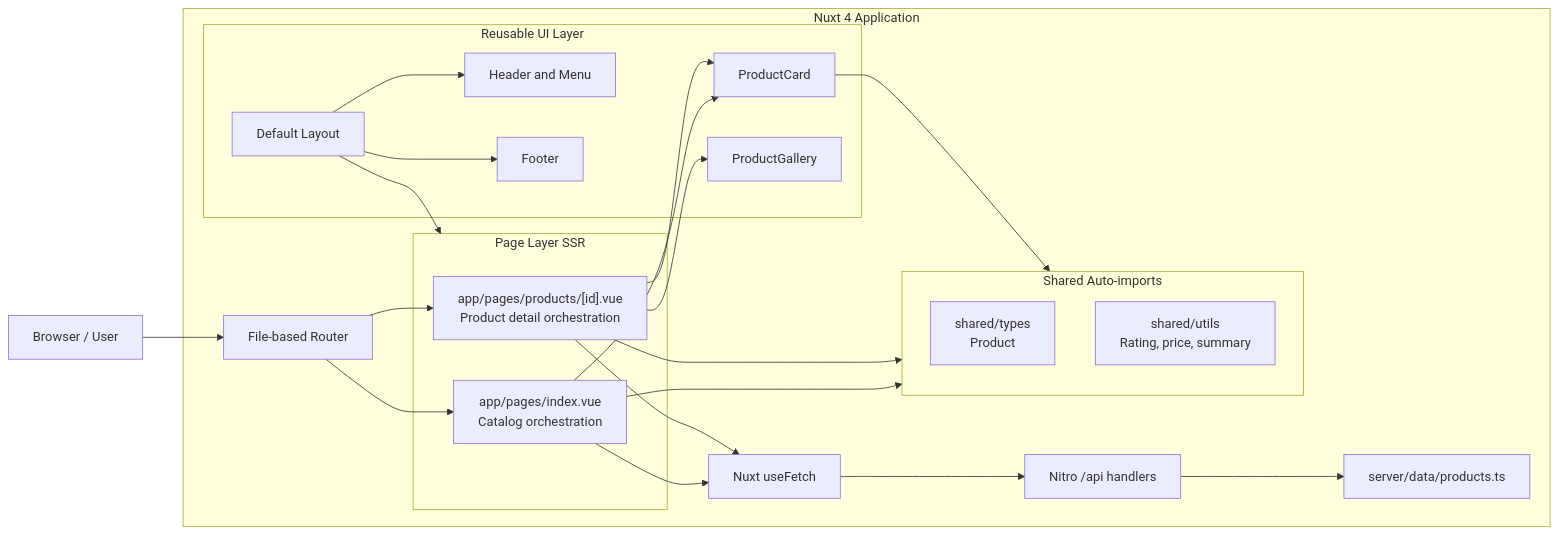
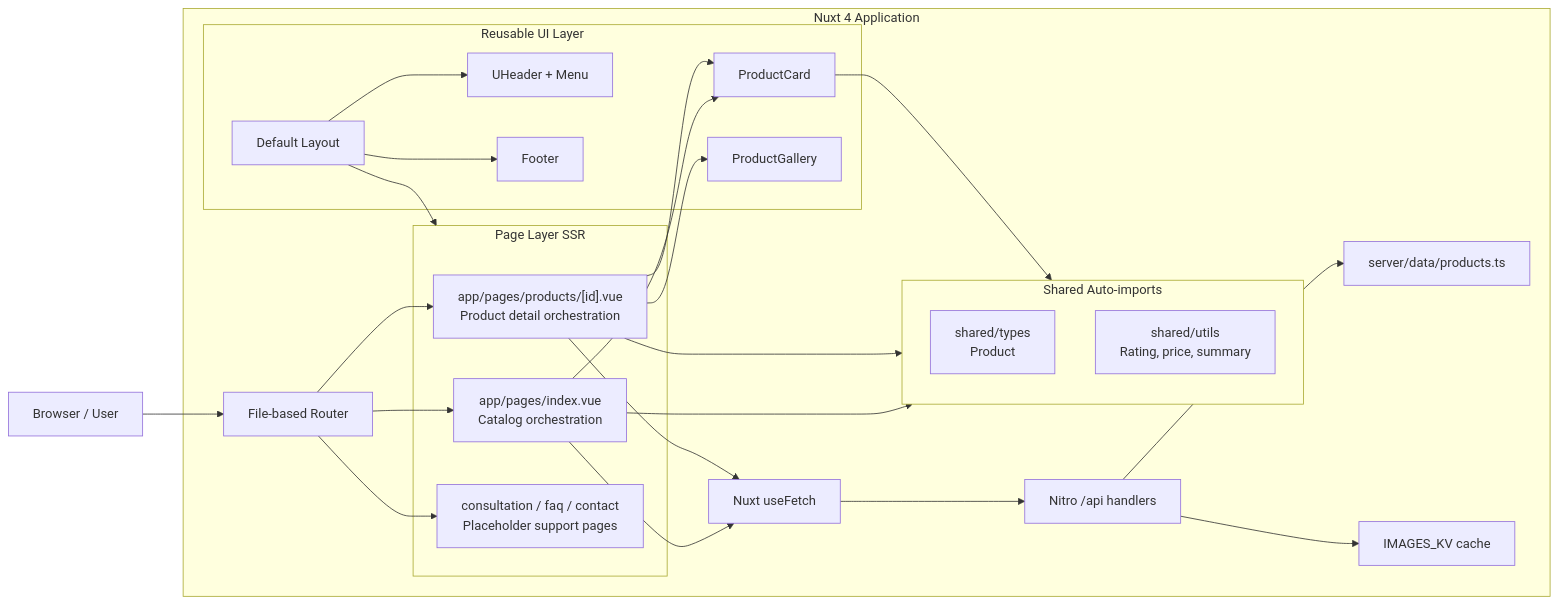
Before and after one commit to mohetios/nuxt-commerce-demo: the first of 5 diagrams in README.md, drawn with Mermaid. The commit also changed other lines of this file, not shown here.

````diff
--- a/README.md
+++ b/README.md
@@ -121,51 +132,55 @@
 ```mermaid
 flowchart LR
     User[Browser / User]
 
     subgraph Nuxt[Nuxt 4 Application]
         Router[File-based Router]
 
         subgraph Pages[Page Layer SSR]
             Catalog["app/pages/index.vue\nCatalog orchestration"]
             Detail["app/pages/products/[id].vue\nProduct detail orchestration"]
+            Support["consultation / faq / contact\nPlaceholder support pages"]
         end
 
         subgraph UI[Reusable UI Layer]
             Layout[Default Layout]
-            Header[Header and Menu]
+            Header[UHeader + Menu]
             ProductCard[ProductCard]
             Gallery[ProductGallery]
             Footer[Footer]
         end
 
         subgraph Domain[Shared Auto-imports]
             Types["shared/types\nProduct"]
             Helpers["shared/utils\nRating, price, summary"]
         end
 
         Fetch[Nuxt useFetch]
         Nitro[Nitro /api handlers]
         DataPack[server/data/products.ts]
+        ImageKV[IMAGES_KV cache]
     end
 
     User --> Router
     Router --> Catalog
     Router --> Detail
+    Router --> Support
 
     Catalog --> ProductCard
     Detail --> Gallery
     Detail --> ProductCard
 
     Layout --> Header
     Layout --> Footer
     Layout --> Pages
 
     Catalog --> Domain
     Detail --> Domain
     ProductCard --> Domain
 
     Catalog --> Fetch
     Detail --> Fetch
     Fetch --> Nitro
     Nitro --> DataPack
+    Nitro --> ImageKV
 ```
````
